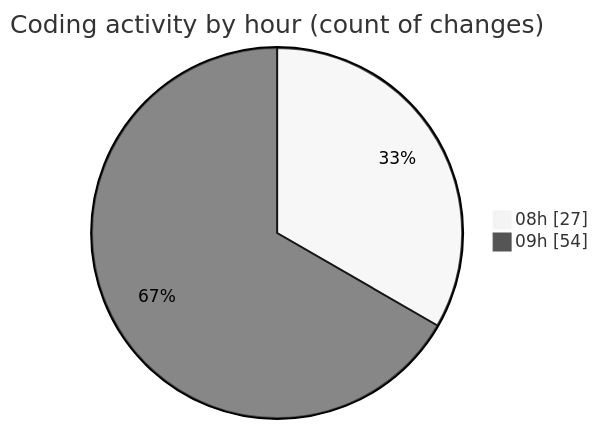
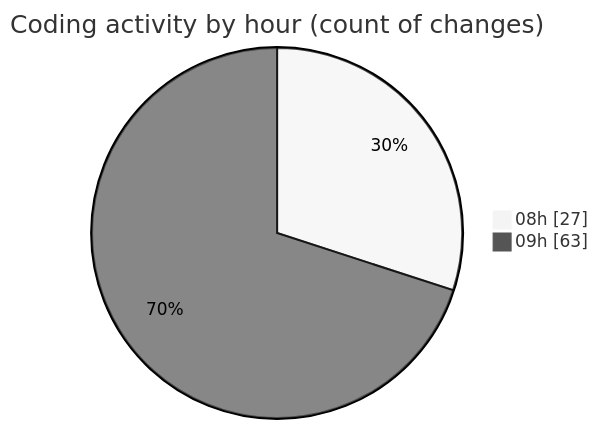
Before and after one commit to ernivani/code-tracking: the second of 2 diagrams in 2025-01-03/nextjs-webllm/README.md, drawn with Mermaid (neutral theme). The commit also changed other lines of this file and 5 other files, not shown here.

````diff
--- a/2025-01-03/nextjs-webllm/README.md
+++ b/2025-01-03/nextjs-webllm/README.md
@@ -56,6 +58,6 @@
 ```mermaid
 pie showData
 title Coding activity by hour (count of changes)
 "08h" : 27
-"09h" : 54
+"09h" : 63
 ```
````
